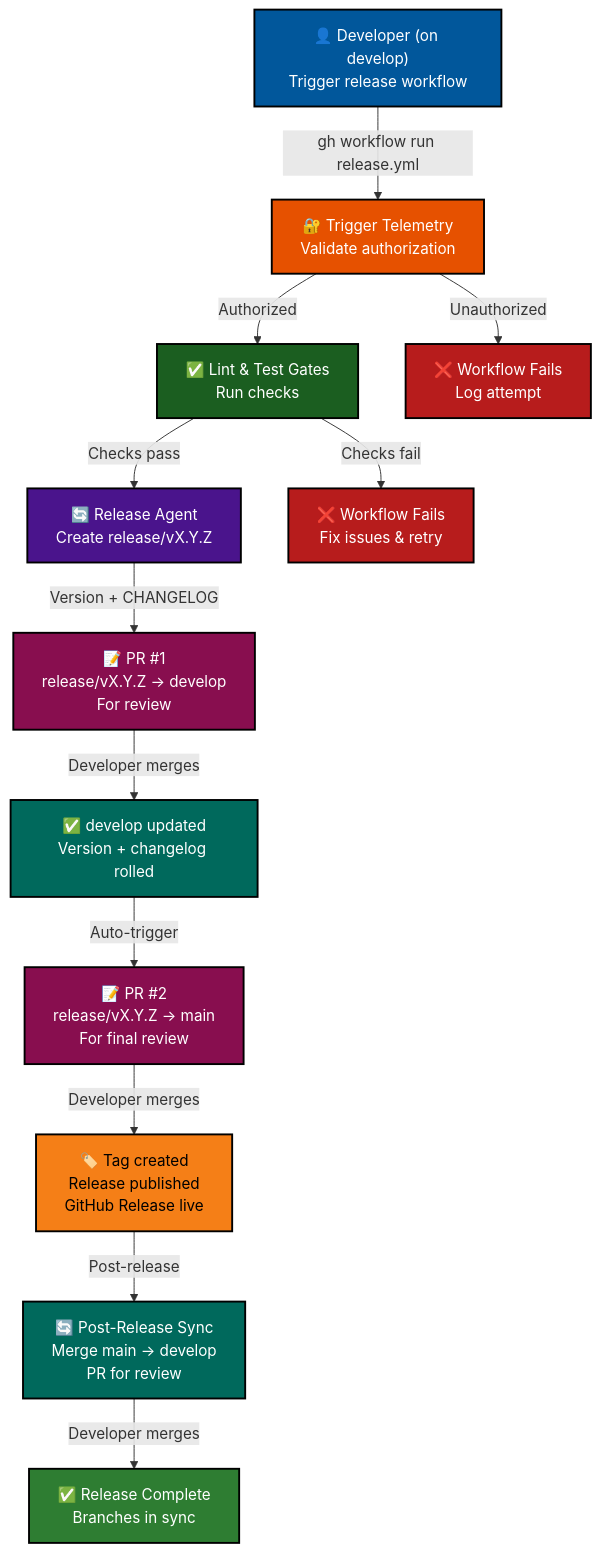
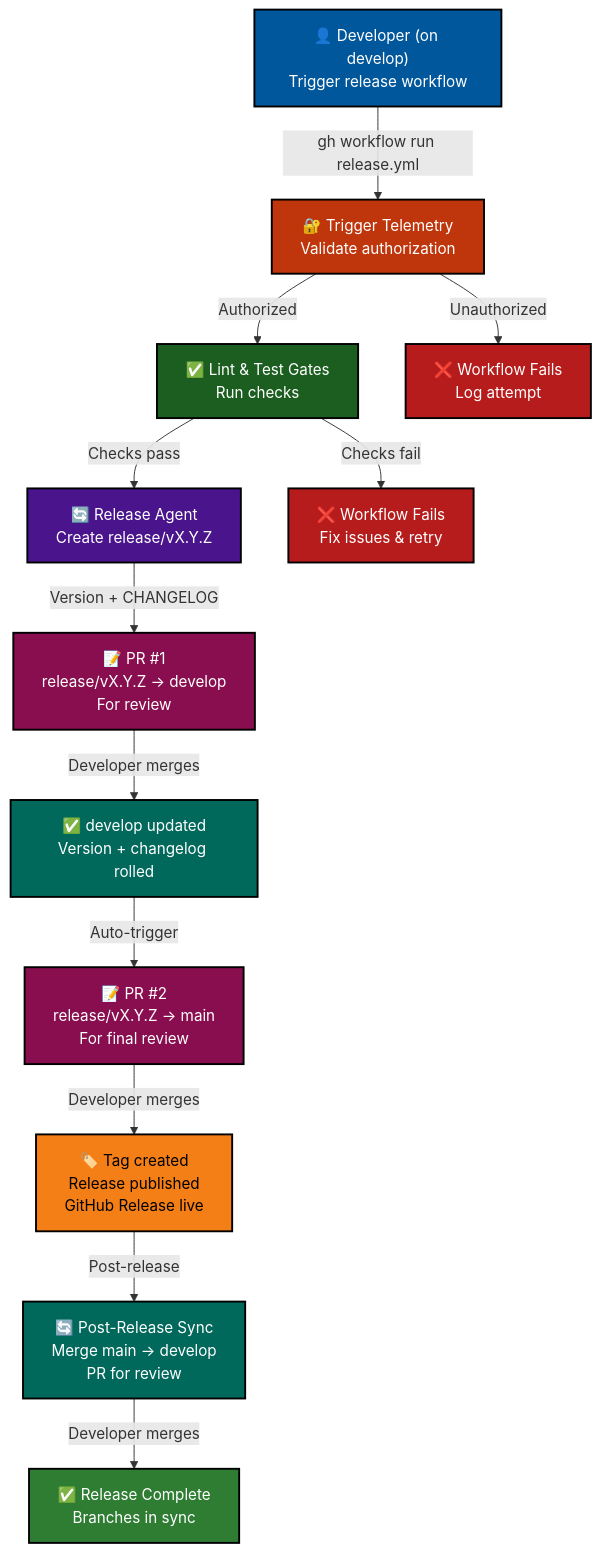
The first of 4 diagrams in docs/RELEASE_PROCESS.md (lightspeedwp/.github), drawn with Mermaid before and after one commit. The commit also changed other lines of this file, not shown here.

Commit message:
fix: Correct WCAG AA color contrast in all Mermaid diagrams

````diff
--- a/docs/RELEASE_PROCESS.md
+++ b/docs/RELEASE_PROCESS.md
@@ -49,29 +49,29 @@
 ```mermaid
 flowchart TD
     accTitle: Release workflow full flow
     accDescr: Developer triggers release, authorization checks, CI gates, version bump, stacked PRs to develop and main, tag and release, post-release sync
     A["👤 Developer (on develop)<br/>Trigger release workflow"] -->|"gh workflow run release.yml"| B["🔐 Trigger Telemetry<br/>Validate authorization"]
     B -->|Authorized| C["✅ Lint & Test Gates<br/>Run checks"]
     B -->|Unauthorized| Z1["❌ Workflow Fails<br/>Log attempt"]
     C -->|Checks pass| D["🔄 Release Agent<br/>Create release/vX.Y.Z"]
     C -->|Checks fail| Z2["❌ Workflow Fails<br/>Fix issues & retry"]
     D -->|"Version + CHANGELOG"| E["📝 PR #1<br/>release/vX.Y.Z → develop<br/>For review"]
     E -->|Developer merges| F["✅ develop updated<br/>Version + changelog rolled"]
     F -->|Auto-trigger| G["📝 PR #2<br/>release/vX.Y.Z → main<br/>For final review"]
     G -->|Developer merges| H["🏷️ Tag created<br/>Release published<br/>GitHub Release live"]
     H -->|Post-release| I["🔄 Post-Release Sync<br/>Merge main → develop<br/>PR for review"]
     I -->|Developer merges| J["✅ Release Complete<br/>Branches in sync"]
     
     style A fill:#01579b,color:#fff,stroke:#000,stroke-width:2px
-    style B fill:#e65100,color:#fff,stroke:#000,stroke-width:2px
+    style B fill:#bf360c,color:#fff,stroke:#000,stroke-width:2px
     style C fill:#1b5e20,color:#fff,stroke:#000,stroke-width:2px
     style D fill:#4a148c,color:#fff,stroke:#000,stroke-width:2px
     style E fill:#880e4f,color:#fff,stroke:#000,stroke-width:2px
     style F fill:#00695c,color:#fff,stroke:#000,stroke-width:2px
     style G fill:#880e4f,color:#fff,stroke:#000,stroke-width:2px
     style H fill:#f57f17,color:#000,stroke:#000,stroke-width:2px
     style I fill:#00695c,color:#fff,stroke:#000,stroke-width:2px
     style J fill:#2e7d32,color:#fff,stroke:#000,stroke-width:2px
     style Z1 fill:#b71c1c,color:#fff,stroke:#000,stroke-width:2px
     style Z2 fill:#b71c1c,color:#fff,stroke:#000,stroke-width:2px
 ```
````
